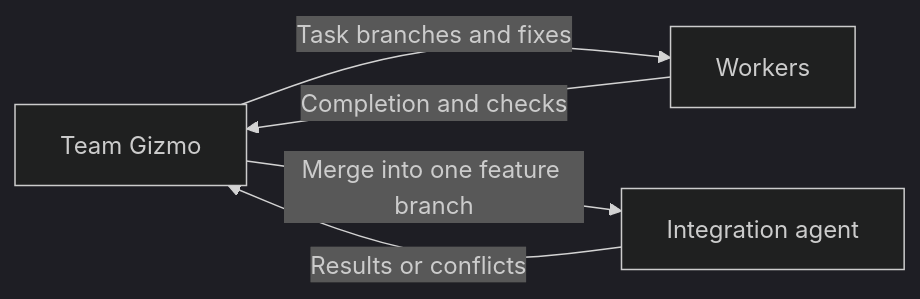
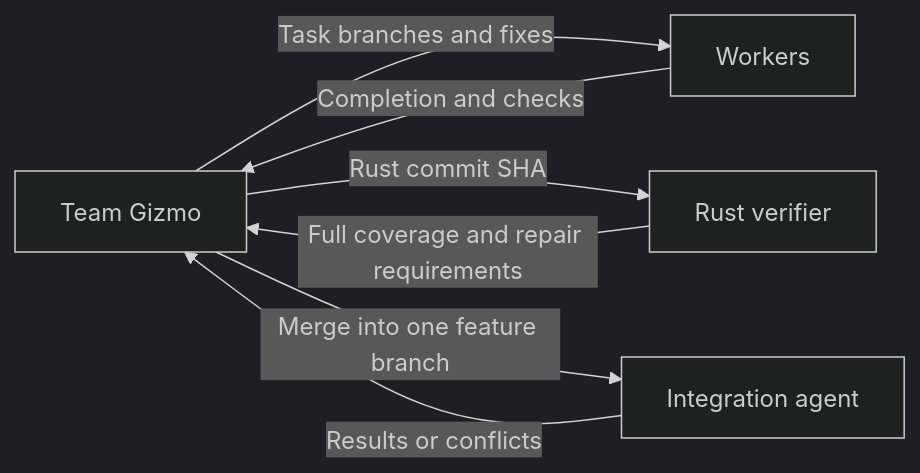
One commit to ai-ai-ai-ai-ai-ai-ai/meta-cortex changed the diagram in cortex/teams/gizmo-team/agents/gizmo/AGENTS.md. Above: the diagram before and after it, drawn with Mermaid (dark theme). The commit also changed other lines of this file and 30 other files, not shown here.

First line of the commit message:
Add exhaustive Rust verification with bounded repair coordination (#30)

````diff
--- a/cortex/teams/gizmo-team/agents/gizmo/AGENTS.md
+++ b/cortex/teams/gizmo-team/agents/gizmo/AGENTS.md
@@ -77,7 +81,9 @@
 ```mermaid
 flowchart LR
     G[Team Gizmo] -->|Task branches and fixes| W[Workers]
     W -->|Completion and checks| G
+    G -->|Rust commit SHA| V[Rust verifier]
+    V -->|Full coverage and repair requirements| G
     G -->|Merge into one feature branch| I[Integration agent]
     I -->|Results or conflicts| G
 ```
````
